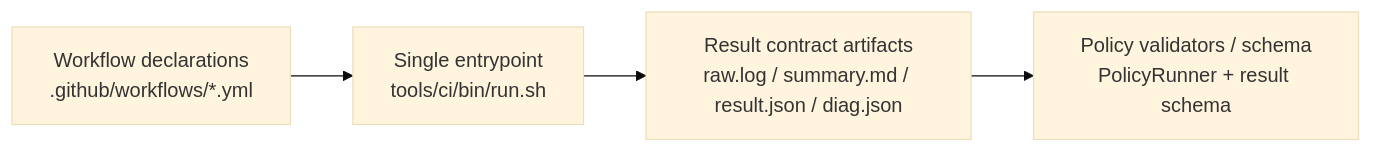
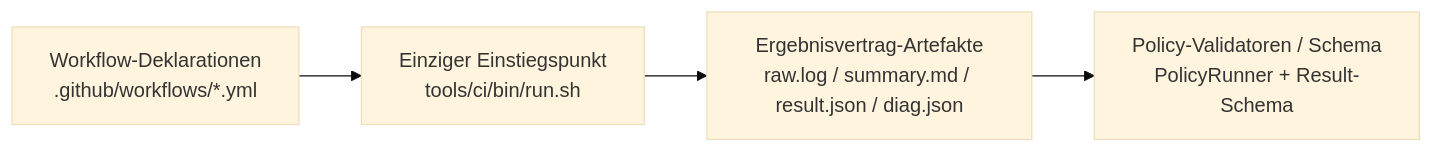
The diagram in docs/governance/001_POLICY_CI.MD (tomtastisch/FileClassifier), drawn with Mermaid (base theme) before and after one commit. The commit also changed other lines of this file and 13 other files, not shown here.

````diff
--- a/docs/governance/001_POLICY_CI.MD
+++ b/docs/governance/001_POLICY_CI.MD
@@ -31,6 +31,6 @@
 ```mermaid
 flowchart LR
-  yml["Workflow declarations\n.github/workflows/*.yml"] --> run["Single entrypoint\n tools/ci/bin/run.sh <check_id>"]
-  run --> result["Result contract artifacts\nraw.log / summary.md / result.json / diag.json"]
-  result --> policy["Policy validators / schema\nPolicyRunner + result schema"]
+  yml["Workflow-Deklarationen\n.github/workflows/*.yml"] --> run["Einziger Einstiegspunkt\n tools/ci/bin/run.sh <check_id>"]
+  run --> result["Ergebnisvertrag-Artefakte\nraw.log / summary.md / result.json / diag.json"]
+  result --> policy["Policy-Validatoren / Schema\nPolicyRunner + Result-Schema"]
 ```
````
